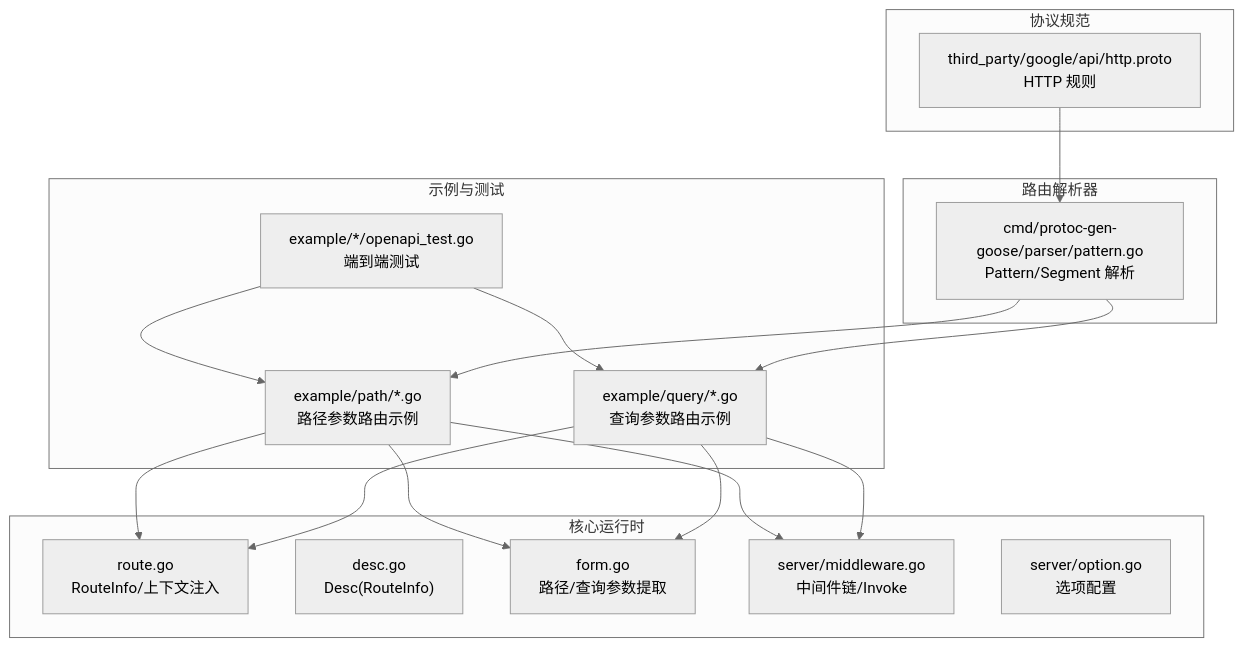
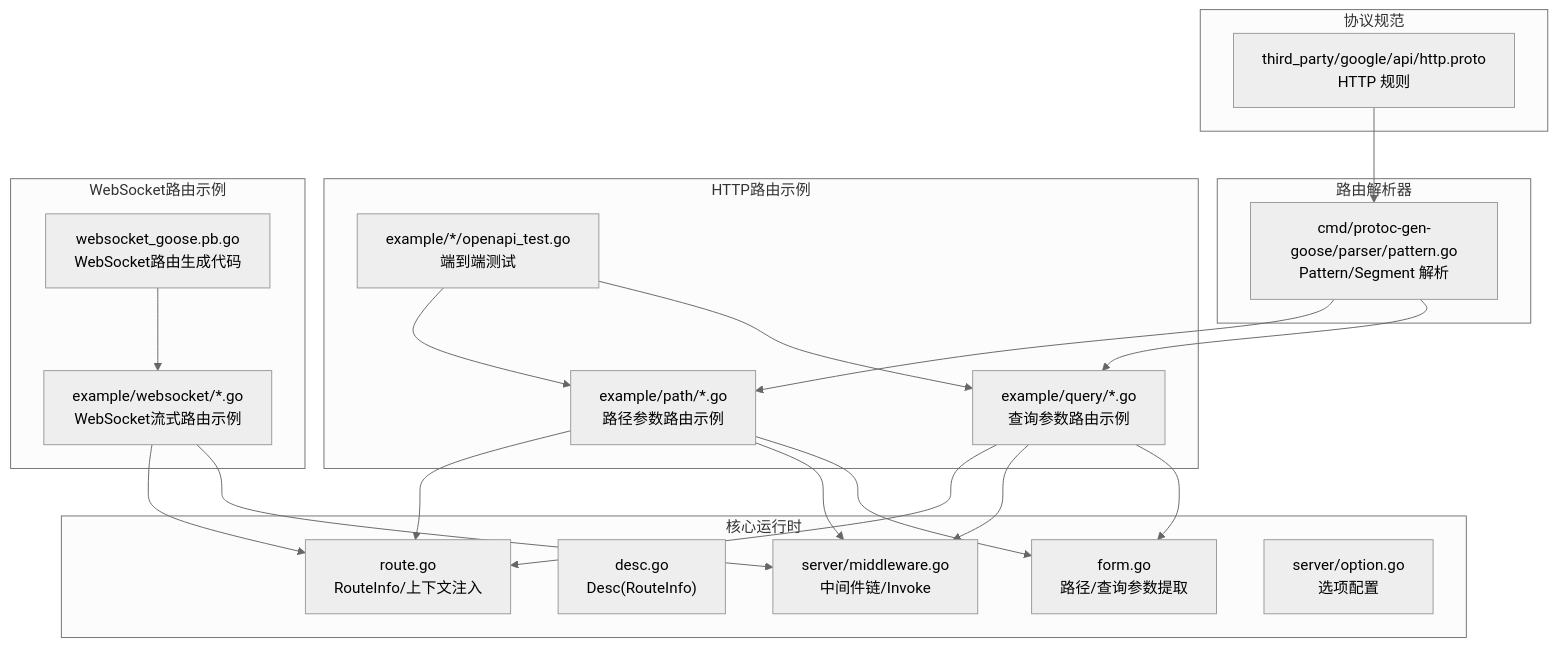
The first of 10 diagrams in .agents/repowiki/zh/content/HTTP 服务器框架/路由管理和处理.md (soyacen/goose), drawn with Mermaid (neutral theme) before and after one commit. The commit also changed other lines of this file and 3 other files, not shown here.

````diff
--- a/.agents/repowiki/zh/content/HTTP 服务器框架/路由管理和处理.md
+++ b/.agents/repowiki/zh/content/HTTP 服务器框架/路由管理和处理.md
@@ -40,32 +50,39 @@
 ```mermaid
 graph TB
 subgraph "核心运行时"
 R["route.go<br/>RouteInfo/上下文注入"]
 D["desc.go<br/>Desc(RouteInfo)"]
 F["form.go<br/>路径/查询参数提取"]
 M["server/middleware.go<br/>中间件链/Invoke"]
 O["server/option.go<br/>选项配置"]
 end
 subgraph "路由解析器"
 P["cmd/protoc-gen-goose/parser/pattern.go<br/>Pattern/Segment 解析"]
 end
-subgraph "示例与测试"
+subgraph "HTTP路由示例"
 EP["example/path/*.go<br/>路径参数路由示例"]
 EQ["example/query/*.go<br/>查询参数路由示例"]
 OTP["example/*/openapi_test.go<br/>端到端测试"]
+end
+subgraph "WebSocket路由示例"
+EW["example/websocket/*.go<br/>WebSocket流式路由示例"]
+EWM["websocket_goose.pb.go<br/>WebSocket路由生成代码"]
 end
 subgraph "协议规范"
 HP["third_party/google/api/http.proto<br/>HTTP 规则"]
 end
 EP --> R
 EQ --> R
+EW --> R
 EP --> M
 EQ --> M
+EW --> M
 EP --> F
 EQ --> F
 OTP --> EP
 OTP --> EQ
+EWM --> EW
 P --> EP
 P --> EQ
 HP --> P
 ```
````
